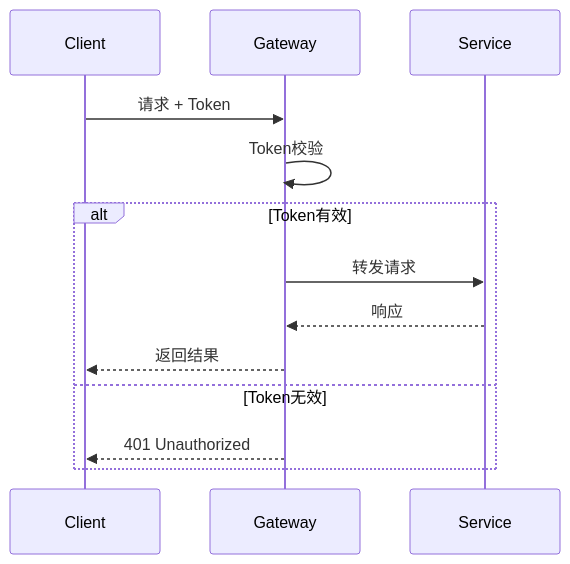
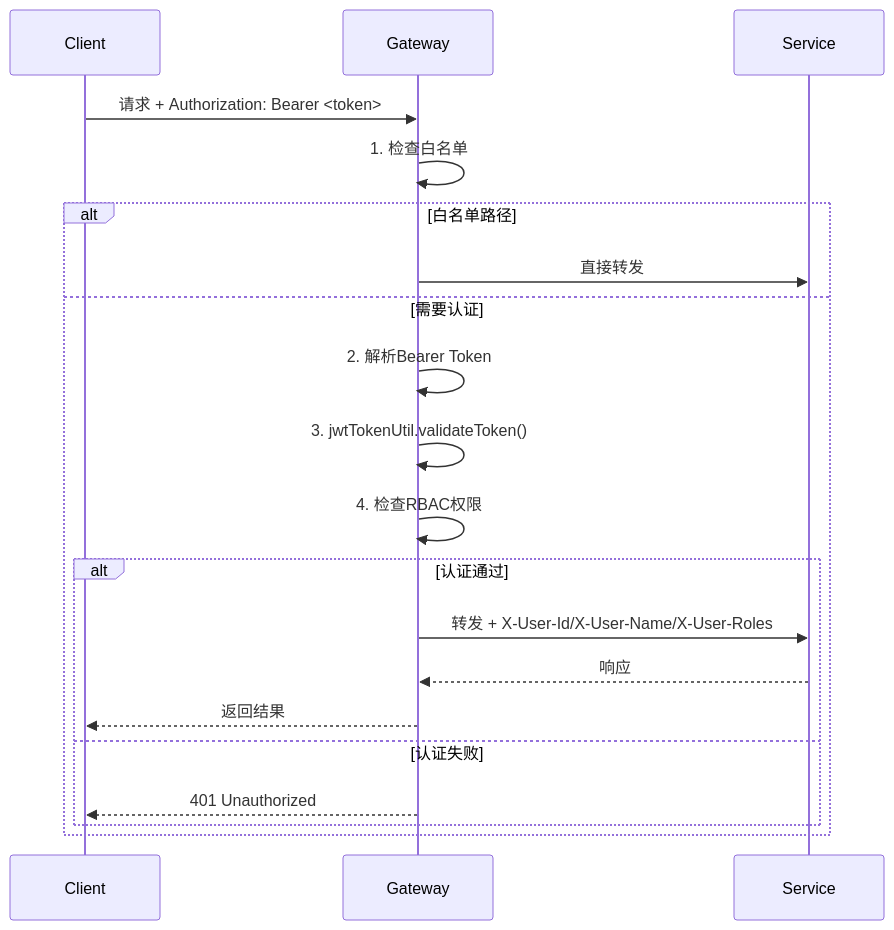
Before and after one commit to wilson323/IOE-DREAMfornew: the diagram in documentation/业务模块/02-网关服务模块/README.md, drawn with Mermaid. The commit also changed other lines of this file and 1 other file, not shown here.

Commit message:
docs(gateway): update gateway docs to match actual code implementation

````diff
--- a/documentation/业务模块/02-网关服务模块/README.md
+++ b/documentation/业务模块/02-网关服务模块/README.md
@@ -112,12 +100,19 @@
 ```mermaid
 sequenceDiagram
-    Client->>Gateway: 请求 + Token
-    Gateway->>Gateway: Token校验
-    alt Token有效
-        Gateway->>Service: 转发请求
-        Service-->>Gateway: 响应
-        Gateway-->>Client: 返回结果
-    else Token无效
-        Gateway-->>Client: 401 Unauthorized
+    Client->>Gateway: 请求 + Authorization: Bearer <token>
+    Gateway->>Gateway: 1. 检查白名单
+    alt 白名单路径
+        Gateway->>Service: 直接转发
+    else 需要认证
+        Gateway->>Gateway: 2. 解析Bearer Token
+        Gateway->>Gateway: 3. jwtTokenUtil.validateToken()
+        Gateway->>Gateway: 4. 检查RBAC权限
+        alt 认证通过
+            Gateway->>Service: 转发 + X-User-Id/X-User-Name/X-User-Roles
+            Service-->>Gateway: 响应
+            Gateway-->>Client: 返回结果
+        else 认证失败
+            Gateway-->>Client: 401 Unauthorized
+        end
     end
 ```
````
